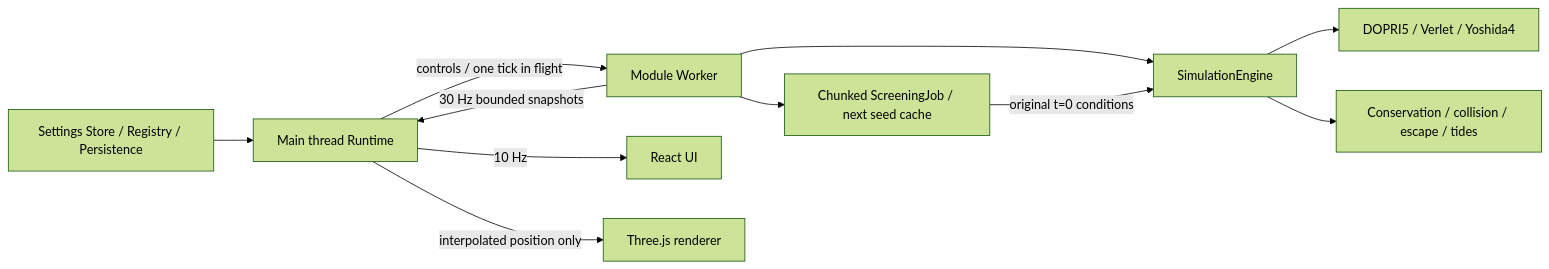
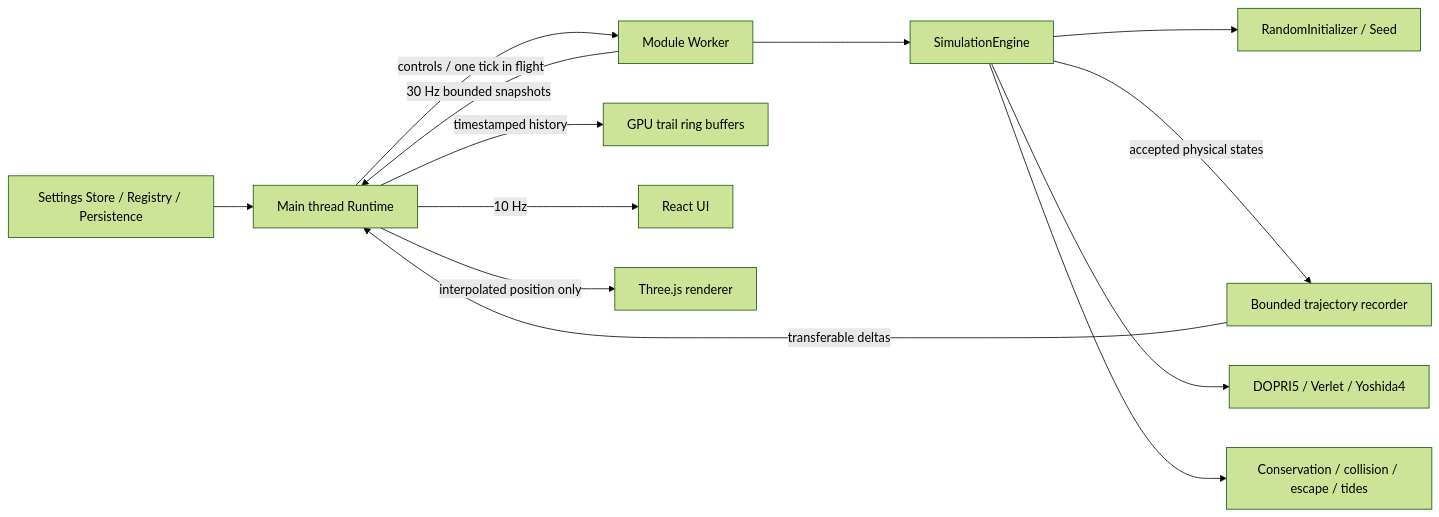
One commit to BillOu0104/1 changed the diagram in docs/architecture.md. Above: the diagram before and after it, drawn with Mermaid (forest theme). The commit also changed other lines of this file and 47 other files, not shown here.

Commit message:
fix: V0.2.1 escape confirmation, physical trails and Random initialization

````diff
--- a/docs/architecture.md
+++ b/docs/architecture.md
@@ -3,13 +3,15 @@
 ```mermaid
 flowchart LR
   Store[Settings Store / Registry / Persistence] --> Runtime[Main thread Runtime]
   Runtime -->|controls / one tick in flight| Worker[Module Worker]
   Worker --> Engine[SimulationEngine]
-  Worker --> Screen[Chunked ScreeningJob / next seed cache]
-  Screen -->|original t=0 conditions| Engine
+  Engine --> Random[RandomInitializer / Seed]
+  Engine -->|accepted physical states| Recorder[Bounded trajectory recorder]
+  Recorder -->|transferable deltas| Runtime
+  Runtime -->|timestamped history| Trails[GPU trail ring buffers]
   Engine --> Adaptive[DOPRI5 / Verlet / Yoshida4]
   Engine --> Checks[Conservation / collision / escape / tides]
   Worker -->|30 Hz bounded snapshots| Runtime
   Runtime -->|10 Hz| UI[React UI]
   Runtime -->|interpolated position only| Scene[Three.js renderer]
 ```
````
